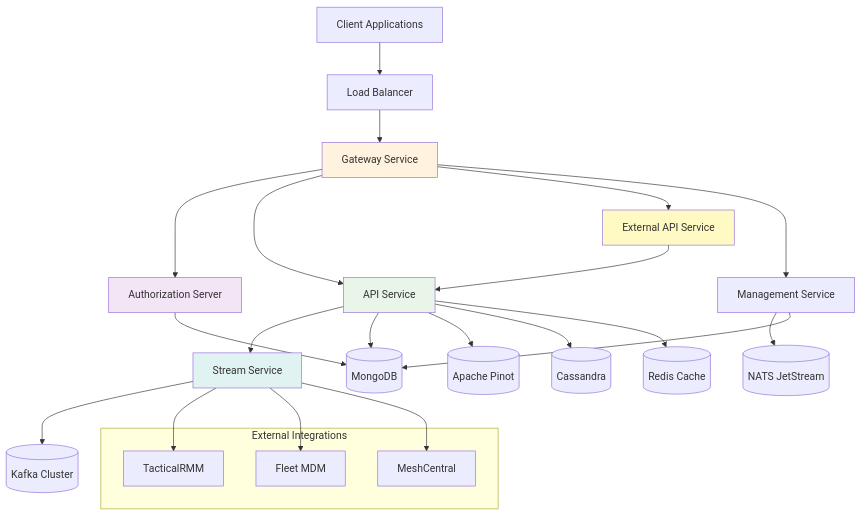
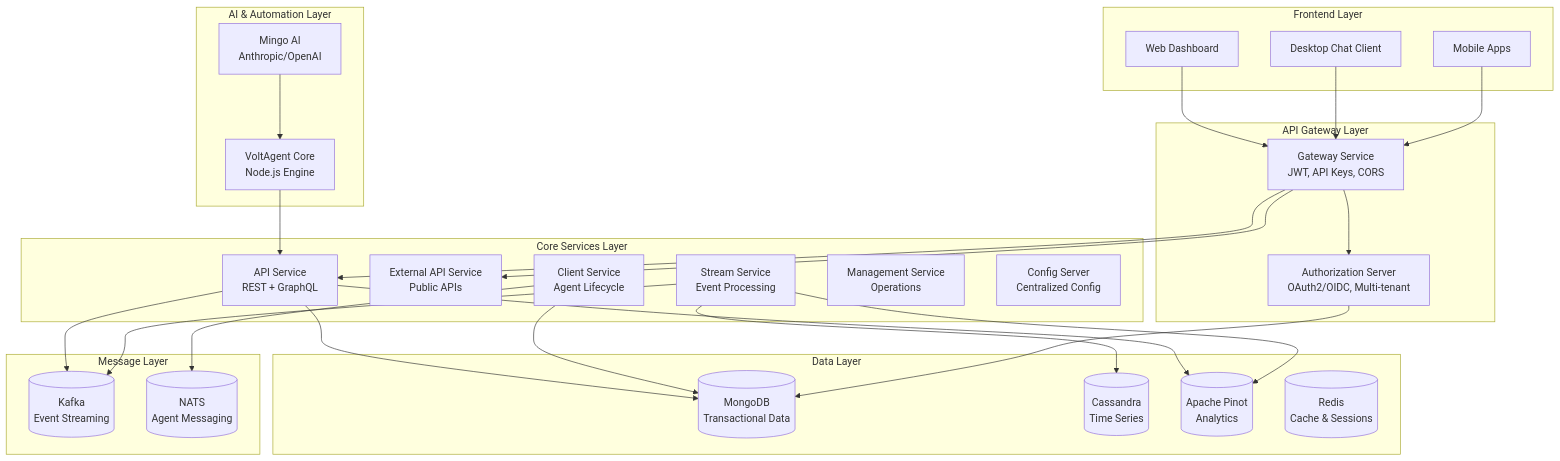
The first of 9 diagrams in docs/development/architecture/README.md (Praesto-Pro/openframe-oss-tenant), drawn with Mermaid before and after one commit. The commit also changed other lines of this file and 344 other files, not shown here.

````diff
--- a/docs/development/architecture/README.md
+++ b/docs/development/architecture/README.md
@@ -9,40 +7,63 @@
 ```mermaid
-flowchart TD
-    Client[Client Applications] --> LB[Load Balancer]
-    LB --> Gateway[Gateway Service]
-    
-    Gateway --> Auth[Authorization Server]
-    Gateway --> API[API Service]  
-    Gateway --> External[External API Service]
-    Gateway --> Mgmt[Management Service]
-    
-    API --> Stream[Stream Service]
-    Stream --> Kafka[(Kafka Cluster)]
-    
-    API --> MongoDB[(MongoDB)]
-    API --> Pinot[(Apache Pinot)]
-    API --> Cassandra[(Cassandra)]
-    API --> Redis[(Redis Cache)]
-    
-    Mgmt --> NATS[(NATS JetStream)]
-    Mgmt --> MongoDB
-    
-    External --> API
-    Auth --> MongoDB
-    
-    subgraph "External Integrations"
-        TacticalRMM[TacticalRMM]
-        FleetMDM[Fleet MDM]  
-        MeshCentral[MeshCentral]
+flowchart TB
+    subgraph "Frontend Layer"
+        UI[Web Dashboard]
+        Chat[Desktop Chat Client]
+        Mobile[Mobile Apps]
     end
     
-    Stream --> TacticalRMM
-    Stream --> FleetMDM
-    Stream --> MeshCentral
+    subgraph "API Gateway Layer" 
+        Gateway[Gateway Service<br/>JWT, API Keys, CORS]
+        Auth[Authorization Server<br/>OAuth2/OIDC, Multi-tenant]
+    end
     
-    style Gateway fill:#fff3e0
-    style Auth fill:#f3e5f5
-    style API fill:#e8f5e8
-    style Stream fill:#e0f2f1
-    style External fill:#fff9c4
+    subgraph "Core Services Layer"
+        API[API Service<br/>REST + GraphQL]
+        External[External API Service<br/>Public APIs]
+        Client[Client Service<br/>Agent Lifecycle]
+        Stream[Stream Service<br/>Event Processing]
+        Management[Management Service<br/>Operations]
+        Config[Config Server<br/>Centralized Config]
+    end
+    
+    subgraph "AI & Automation Layer"
+        VoltAgent[VoltAgent Core<br/>Node.js Engine]
+        Mingo[Mingo AI<br/>Anthropic/OpenAI]
+    end
+    
+    subgraph "Data Layer"
+        MongoDB[(MongoDB<br/>Transactional Data)]
+        Cassandra[(Cassandra<br/>Time Series)]
+        Pinot[(Apache Pinot<br/>Analytics)]
+        Redis[(Redis<br/>Cache & Sessions)]
+    end
+    
+    subgraph "Message Layer"
+        Kafka[(Kafka<br/>Event Streaming)]
+        NATS[(NATS<br/>Agent Messaging)]
+    end
+    
+    UI --> Gateway
+    Chat --> Gateway
+    Mobile --> Gateway
+    
+    Gateway --> API
+    Gateway --> External
+    Gateway --> Auth
+    
+    API --> MongoDB
+    API --> Pinot
+    API --> Kafka
+    
+    Stream --> Kafka
+    Stream --> Cassandra
+    Stream --> Pinot
+    
+    Client --> MongoDB
+    Client --> NATS
+    
+    VoltAgent --> API
+    Mingo --> VoltAgent
+    
+    Auth --> MongoDB
 ```
````
